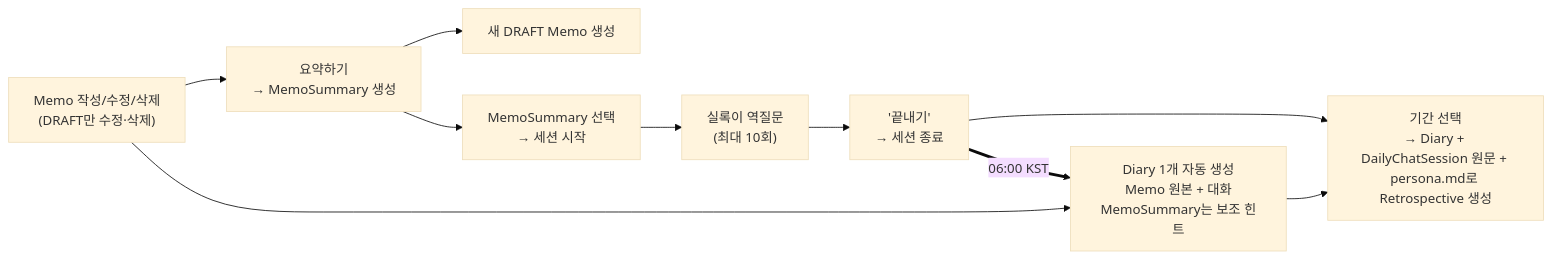
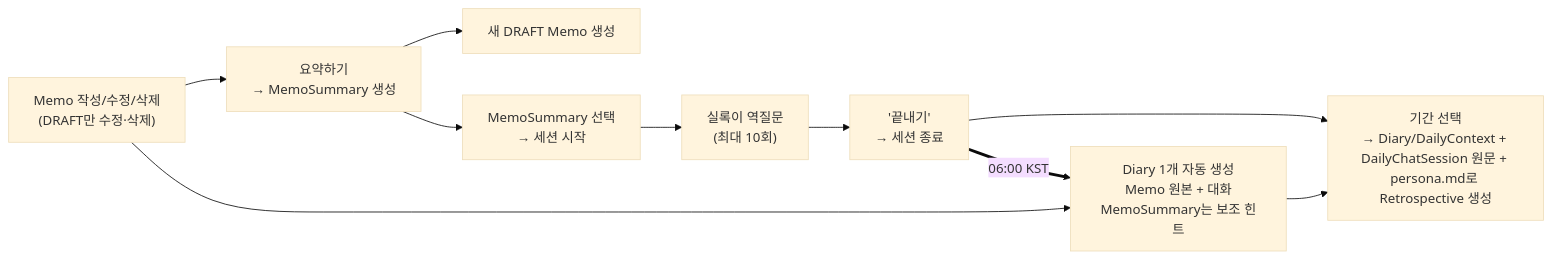
The sixth of 7 diagrams in README.md (my-girin-log/girin-log-harness), drawn with Mermaid (base theme) before and after one commit. The commit also changed other lines of this file and 5 other files, not shown here.

Commit message:
docs: DailyContext 용어를 glossary에 정의

````diff
--- a/README.md
+++ b/README.md
@@ -203,12 +203,12 @@
 ```mermaid
 flowchart LR
     M["Memo 작성/수정/삭제<br/>(DRAFT만 수정·삭제)"] --> MS["요약하기<br/>→ MemoSummary 생성"]
     MS --> NM["새 DRAFT Memo 생성"]
     MS --> S["MemoSummary 선택<br/>→ 세션 시작"]
     S --> Q["실록이 역질문<br/>(최대 10회)"]
     Q --> E["'끝내기'<br/>→ 세션 종료"]
     M --> D["Diary 1개 자동 생성<br/>Memo 원본 + 대화<br/>MemoSummary는 보조 힌트"]
     E ==>|"06:00 KST"| D
-    D --> R["기간 선택<br/>→ Diary + DailyChatSession 원문 + persona.md로 Retrospective 생성"]
+    D --> R["기간 선택<br/>→ Diary/DailyContext + DailyChatSession 원문 + persona.md로 Retrospective 생성"]
     E --> R
 ```
````
